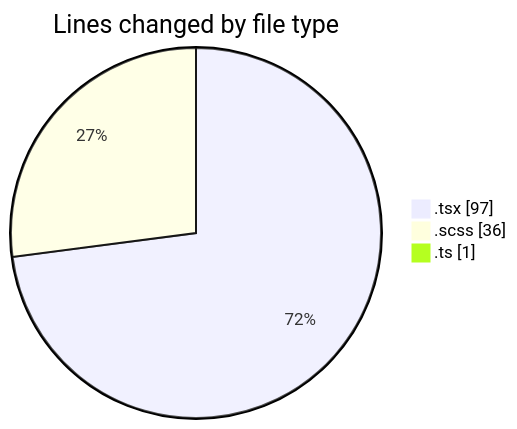
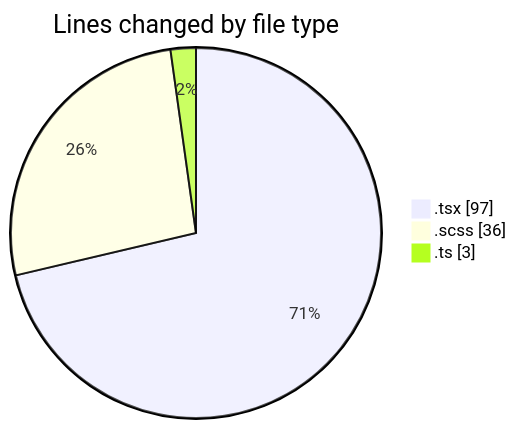
Before and after one commit to momahboobian/code-tracking: the first of 2 diagrams in 2026-10-30/cda/README.md, drawn with Mermaid. The commit also changed other lines of this file and 1 other file, not shown here.

````diff
--- a/2026-10-30/cda/README.md
+++ b/2026-10-30/cda/README.md
@@ -22,7 +22,7 @@
 ```mermaid
 pie showData
 title Lines changed by file type
 ".tsx" : 97
 ".scss" : 36
-".ts" : 1
+".ts" : 3
 ```
````
